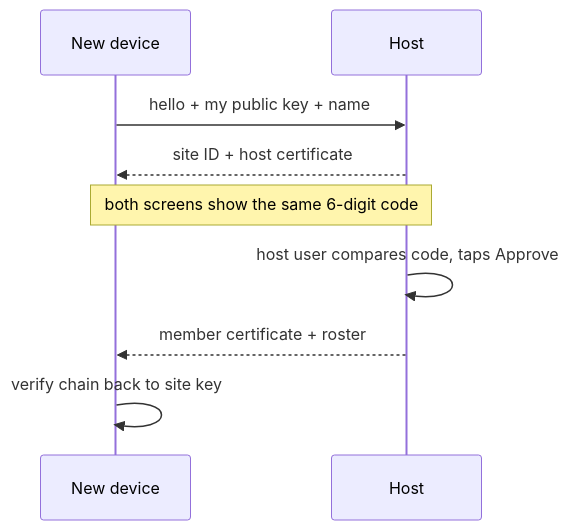
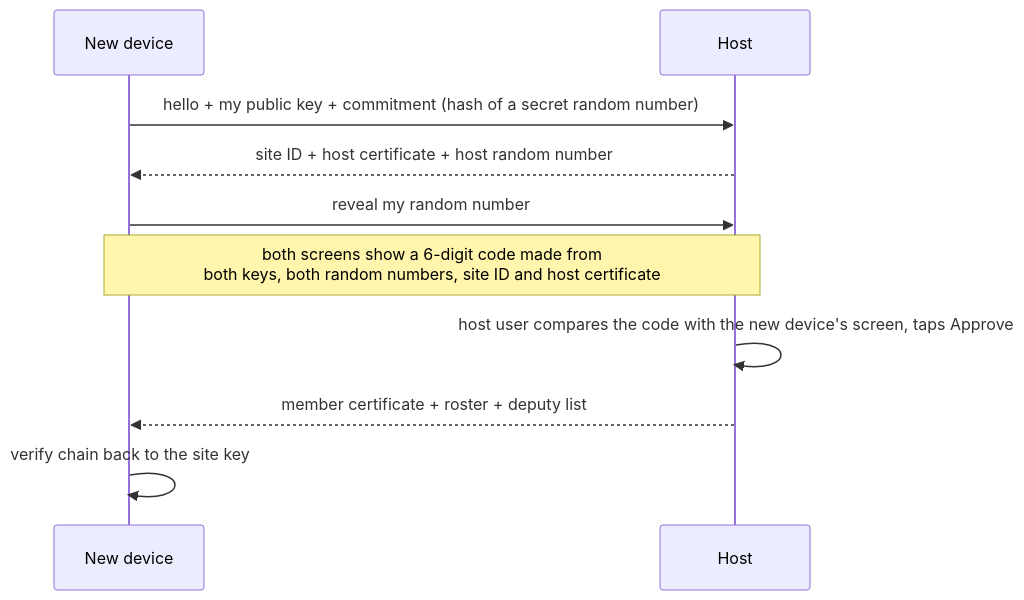
Before and after one commit to ShagnikPal123/Networking-Project: the first of 3 diagrams in docs/design/02-protocol.md, drawn with Mermaid. The commit also changed other lines of this file and 36 other files, not shown here.

````diff
--- a/docs/design/02-protocol.md
+++ b/docs/design/02-protocol.md
@@ -33,11 +50,12 @@
 ```mermaid
 sequenceDiagram
     participant N as New device
     participant H as Host
-    N->>H: hello + my public key + name
-    H-->>N: site ID + host certificate
-    Note over N,H: both screens show the same 6-digit code
-    H->>H: host user compares code, taps Approve
-    H-->>N: member certificate + roster
-    N->>N: verify chain back to site key
+    N->>H: hello + my public key + commitment (hash of a secret random number)
+    H-->>N: site ID + host certificate + host random number
+    N->>H: reveal my random number
+    Note over N,H: both screens show a 6-digit code made from<br/>both keys, both random numbers, site ID and host certificate
+    H->>H: host user compares the code with the new device's screen, taps Approve
+    H-->>N: member certificate + roster + deputy list
+    N->>N: verify chain back to the site key
 ```
````
